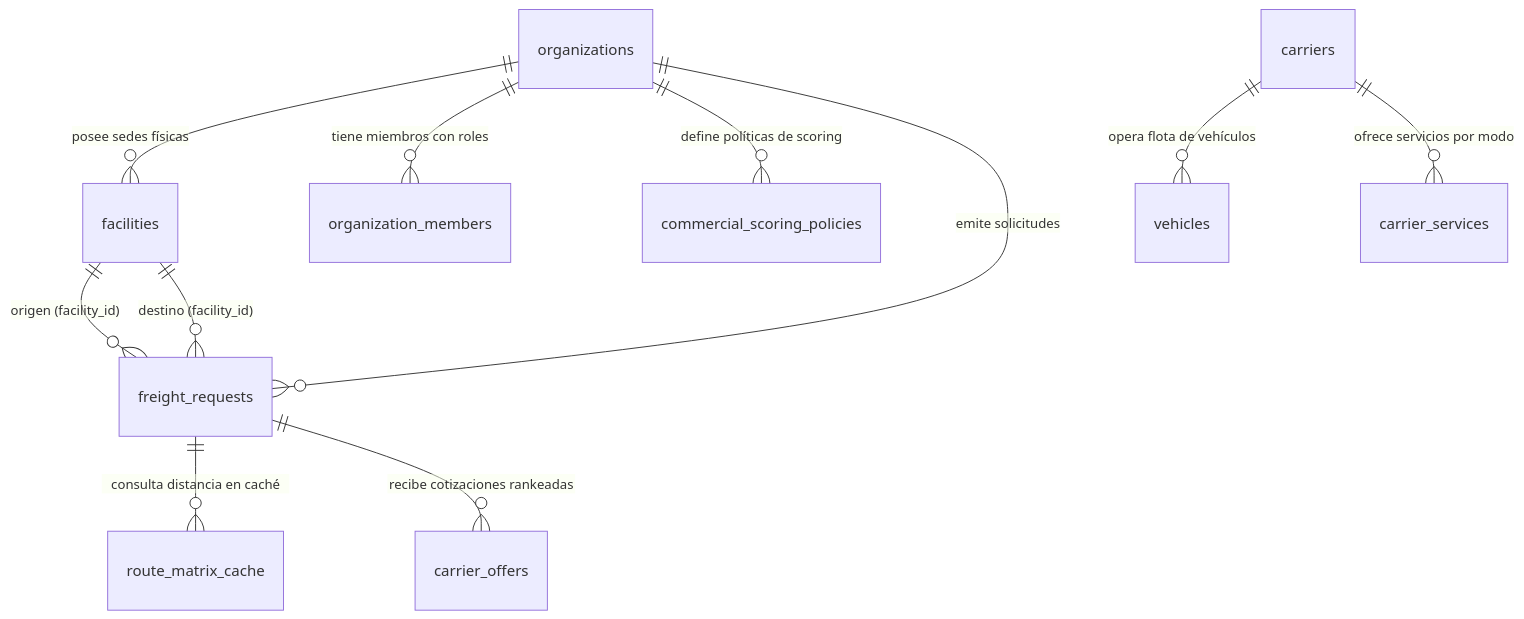
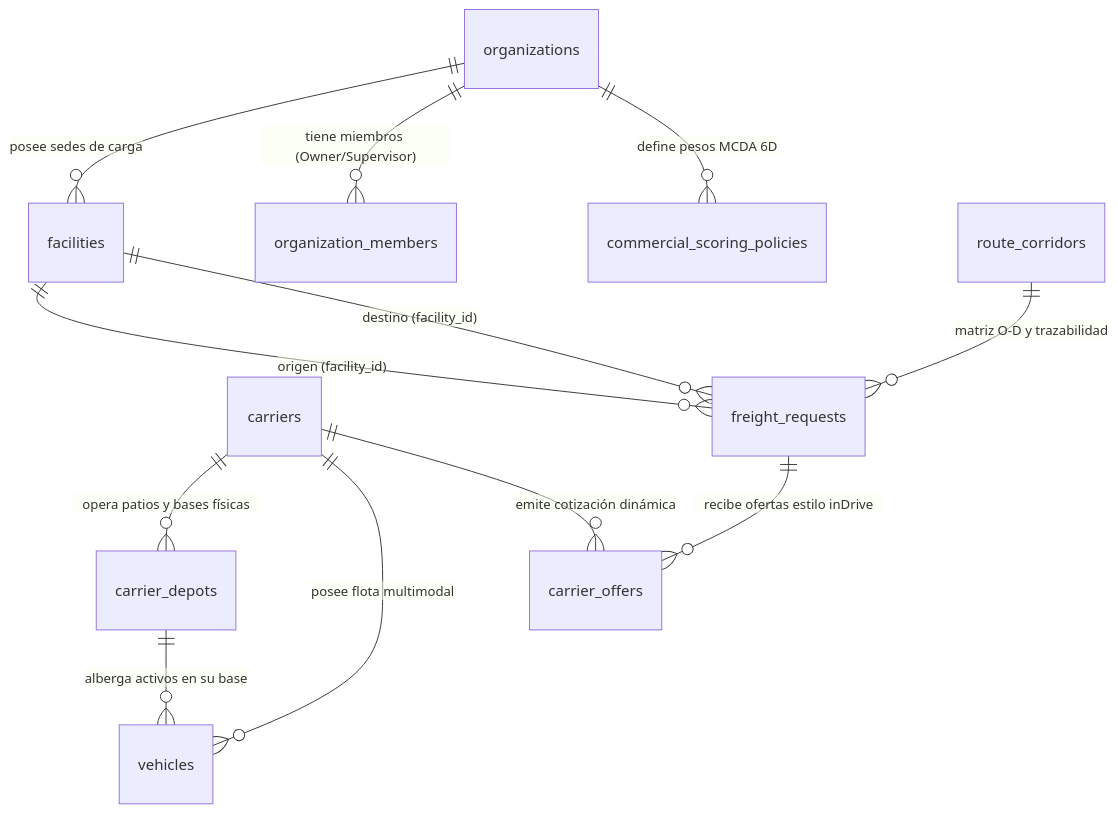
One commit to Chujutak2024/cargomesh changed the second of 2 diagrams in docs/architecture-v2/DATABASE_SCHEMA_V2_PROPOSAL.md. Above: the diagram before and after it, drawn with Mermaid. The commit also changed other lines of this file, not shown here.

Commit message:
docs(database): expand V2 schema with 6 carriers, carrier depots, and O-D route matrix

````diff
--- a/docs/architecture-v2/DATABASE_SCHEMA_V2_PROPOSAL.md
+++ b/docs/architecture-v2/DATABASE_SCHEMA_V2_PROPOSAL.md
@@ -240,16 +313,17 @@
 ```mermaid
 erDiagram
-    organizations ||--o{ facilities : "posee sedes físicas"
-    organizations ||--o{ organization_members : "tiene miembros con roles"
-    organizations ||--o{ commercial_scoring_policies : "define políticas de scoring"
-    organizations ||--o{ freight_requests : "emite solicitudes"
+    organizations ||--o{ facilities : "posee sedes de carga"
+    organizations ||--o{ organization_members : "tiene miembros (Owner/Supervisor)"
+    organizations ||--o{ commercial_scoring_policies : "define pesos MCDA 6D"
+    
+    carriers ||--o{ carrier_depots : "opera patios y bases físicas"
+    carriers ||--o{ vehicles : "posee flota multimodal"
+    carrier_depots ||--o{ vehicles : "alberga activos en su base"
     
     facilities ||--o{ freight_requests : "origen (facility_id)"
     facilities ||--o{ freight_requests : "destino (facility_id)"
+    route_corridors ||--o{ freight_requests : "matriz O-D y trazabilidad"
     
-    carriers ||--o{ vehicles : "opera flota de vehículos"
-    carriers ||--o{ carrier_services : "ofrece servicios por modo"
-    
-    freight_requests ||--o{ route_matrix_cache : "consulta distancia en caché"
-    freight_requests ||--o{ carrier_offers : "recibe cotizaciones rankeadas"
+    freight_requests ||--o{ carrier_offers : "recibe ofertas estilo inDrive"
+    carriers ||--o{ carrier_offers : "emite cotización dinámica"
 ```
````
